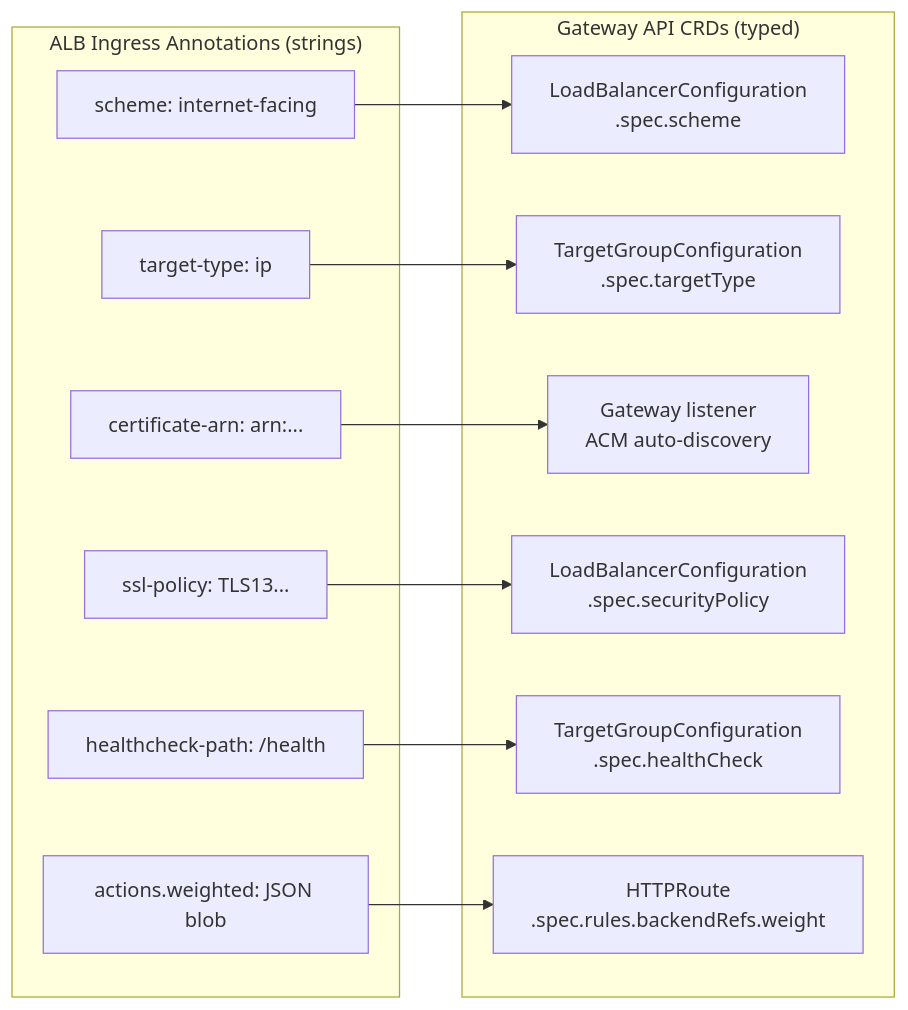
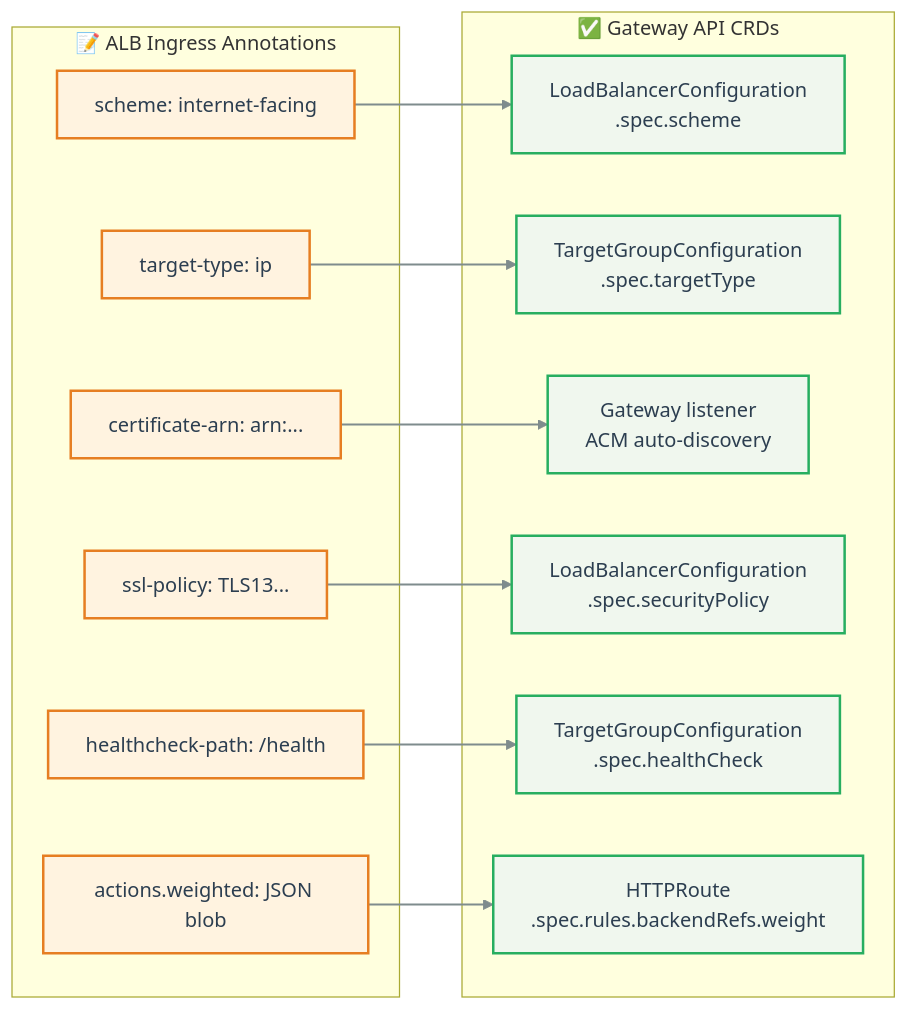
The second of 2 diagrams in docs/labs/lab-02-alb-migration.md (DKT-AI/gateway-api-migration-demo), drawn with Mermaid before and after one commit. The commit also changed other lines of this file and 4 other files, not shown here.

First line of the commit message:
Style all mermaid diagrams with ocean palette for GitHub

````diff
--- a/docs/labs/lab-02-alb-migration.md
+++ b/docs/labs/lab-02-alb-migration.md
@@ -40,27 +48,34 @@
 ```mermaid
-graph LR
-    subgraph "ALB Ingress Annotations (strings)"
+flowchart LR
+    subgraph Annotations["📝 ALB Ingress Annotations"]
         A1["scheme: internet-facing"]
         A2["target-type: ip"]
         A3["certificate-arn: arn:..."]
         A4["ssl-policy: TLS13..."]
         A5["healthcheck-path: /health"]
         A6["actions.weighted: JSON blob"]
     end
 
-    subgraph "Gateway API CRDs (typed)"
+    subgraph CRDs["✅ Gateway API CRDs"]
         C1["LoadBalancerConfiguration<br/>.spec.scheme"]
         C2["TargetGroupConfiguration<br/>.spec.targetType"]
         C3["Gateway listener<br/>ACM auto-discovery"]
         C4["LoadBalancerConfiguration<br/>.spec.securityPolicy"]
         C5["TargetGroupConfiguration<br/>.spec.healthCheck"]
         C6["HTTPRoute<br/>.spec.rules.backendRefs.weight"]
     end
 
     A1 --> C1
     A2 --> C2
     A3 --> C3
     A4 --> C4
     A5 --> C5
     A6 --> C6
+
+    classDef accent fill:#FFF3E0,stroke:#E67E22,stroke-width:2px,color:#2C3E50
+    classDef secondary fill:#F0F7EE,stroke:#27AE60,stroke-width:2px,color:#2C3E50
+    linkStyle default stroke:#7F8C8D,stroke-width:1.5px
+
+    class A1,A2,A3,A4,A5,A6 accent
+    class C1,C2,C3,C4,C5,C6 secondary
 ```
````
